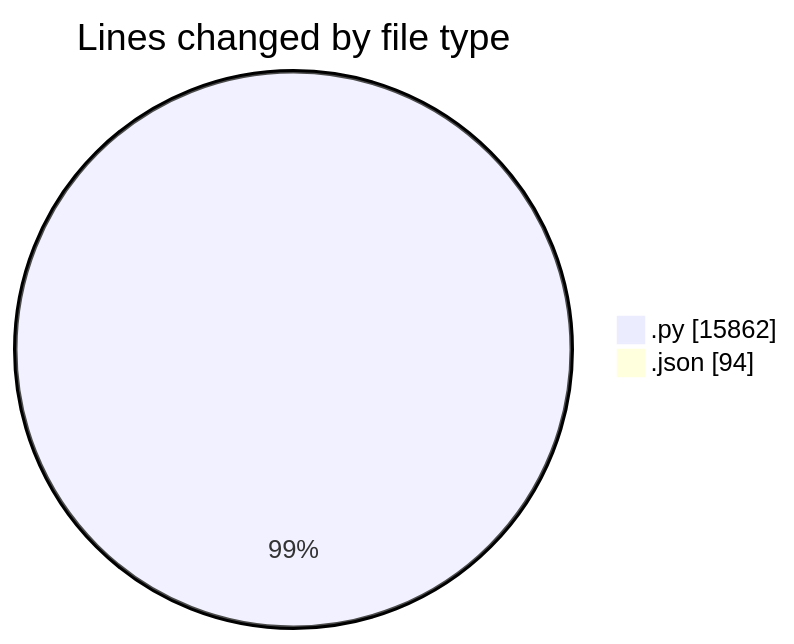
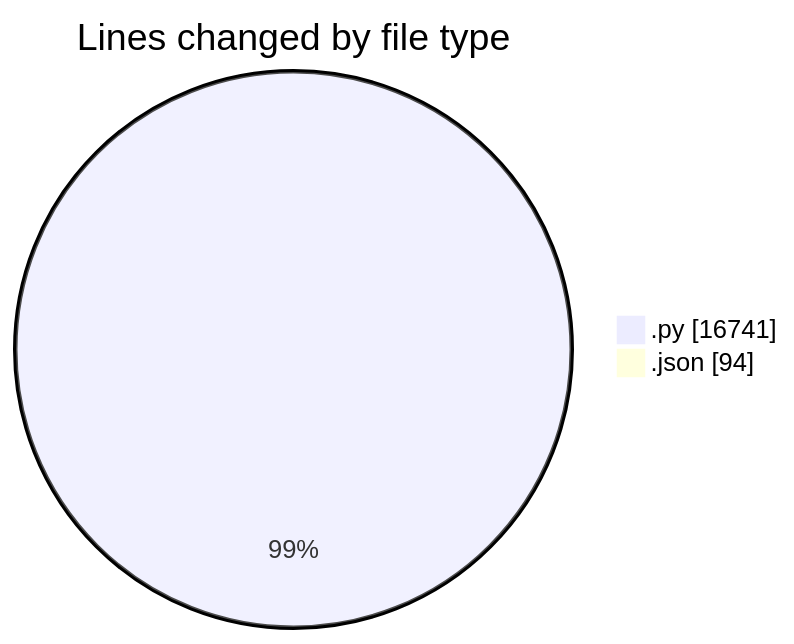
Before and after one commit to jrari/code-tracking: the first of 2 diagrams in 2025-07-14/telebot/README.md, drawn with Mermaid. The commit also changed other lines of this file and 1 other file, not shown here.

````diff
--- a/2025-07-14/telebot/README.md
+++ b/2025-07-14/telebot/README.md
@@ -39,6 +40,6 @@
 ```mermaid
 pie showData
 title Lines changed by file type
-".py" : 15862
+".py" : 16741
 ".json" : 94
 ```
````
